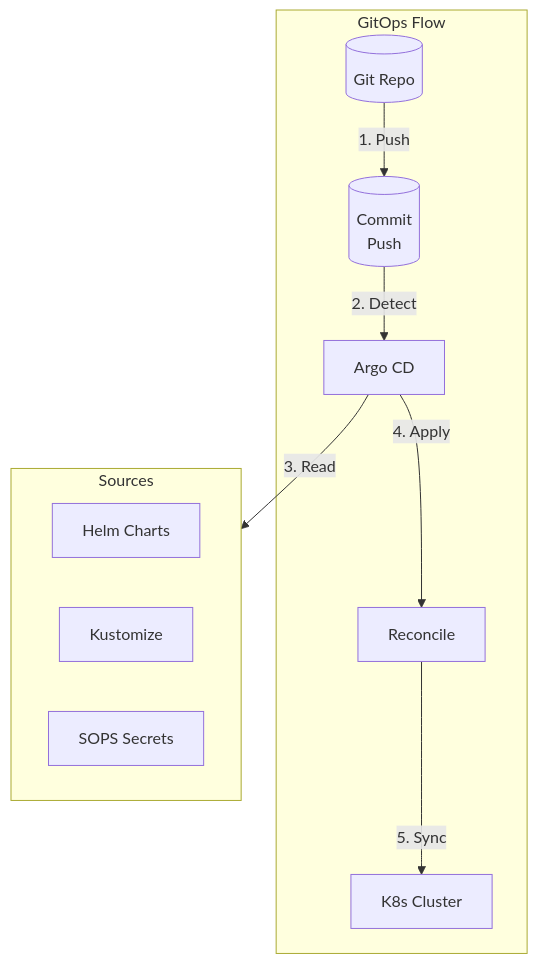
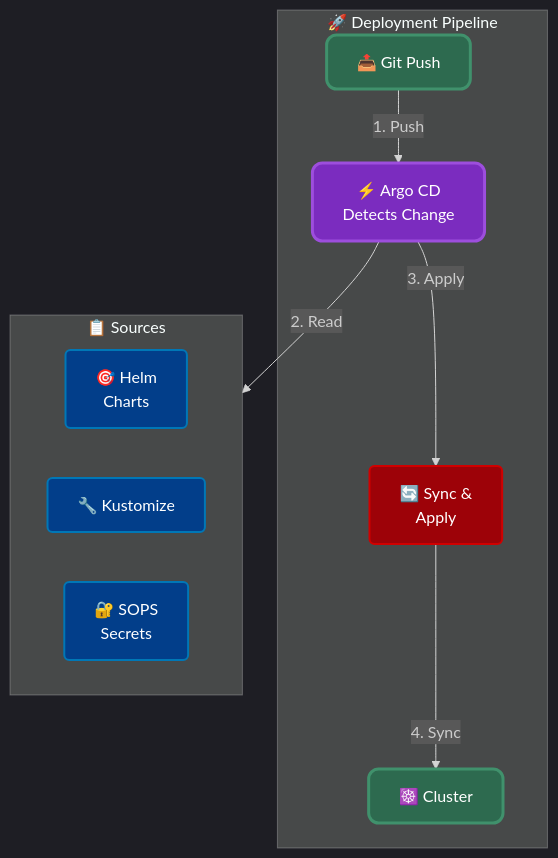
One commit to fabricesemti80/home-argo-cluster-2025 changed the fourth of 13 diagrams in docs/architecture.md. Above: the diagram before and after it, drawn with Mermaid. The commit also changed other lines of this file, not shown here.

First line of the commit message:
docs(architecture): add dark theme styling to Mermaid diagrams

````diff
--- a/docs/architecture.md
+++ b/docs/architecture.md
@@ -145,22 +184,28 @@
 ```mermaid
+%%{init: {'theme': 'dark'}}%%
 flowchart TB
-    subgraph GitOps["GitOps Flow"]
-        Git[(Git Repo)]
-        Commit[("Commit<br/>Push")]
-        Argo[Argo CD]
-        Reconcile[Reconcile]
-        Cluster[K8s Cluster]
+    %% Styles
+    classDef git fill:#2d6a4f,stroke:#40916c,stroke-width:3px,color:#fff,rx:10
+    classDef argocd fill:#7b2cbf,stroke:#9d4edd,stroke-width:3px,color:#fff,rx:10
+    classDef source fill:#023e8a,stroke:#0077b6,stroke-width:2px,color:#fff,rx:5
+    classDef process fill:#9d0208,stroke:#d00000,stroke-width:2px,color:#fff,rx:5
+    
+    subgraph Deploy["🚀 Deployment Pipeline"]
+        Git["📤 Git Push"]:::git
+        Argo["⚡ Argo CD<br/>Detects Change"]:::argocd
+        Sync["🔄 Sync &<br/>Apply"]:::process
+        Cluster["☸️ Cluster"]:::git
     end
     
-    subgraph Sources["Sources"]
-        Helm[Helm Charts]
-        Kustomize[Kustomize]
-        SOPS[SOPS Secrets]
+    subgraph Sources["📋 Sources"]
+        direction LR
+        Helm["🎯 Helm<br/>Charts"]:::source
+        Kustomize["🔧 Kustomize"]:::source
+        SOPS["🔐 SOPS<br/>Secrets"]:::source
     end
     
-    Git -->|1. Push| Commit
-    Commit -->|2. Detect| Argo
-    Argo -->|3. Read| Sources
-    Argo -->|4. Apply| Reconcile
-    Reconcile -->|5. Sync| Cluster
+    Git -->|"1. Push"| Argo
+    Argo -->|"2. Read"| Sources
+    Argo -->|"3. Apply"| Sync
+    Sync -->|"4. Sync"| Cluster
 ```
````
